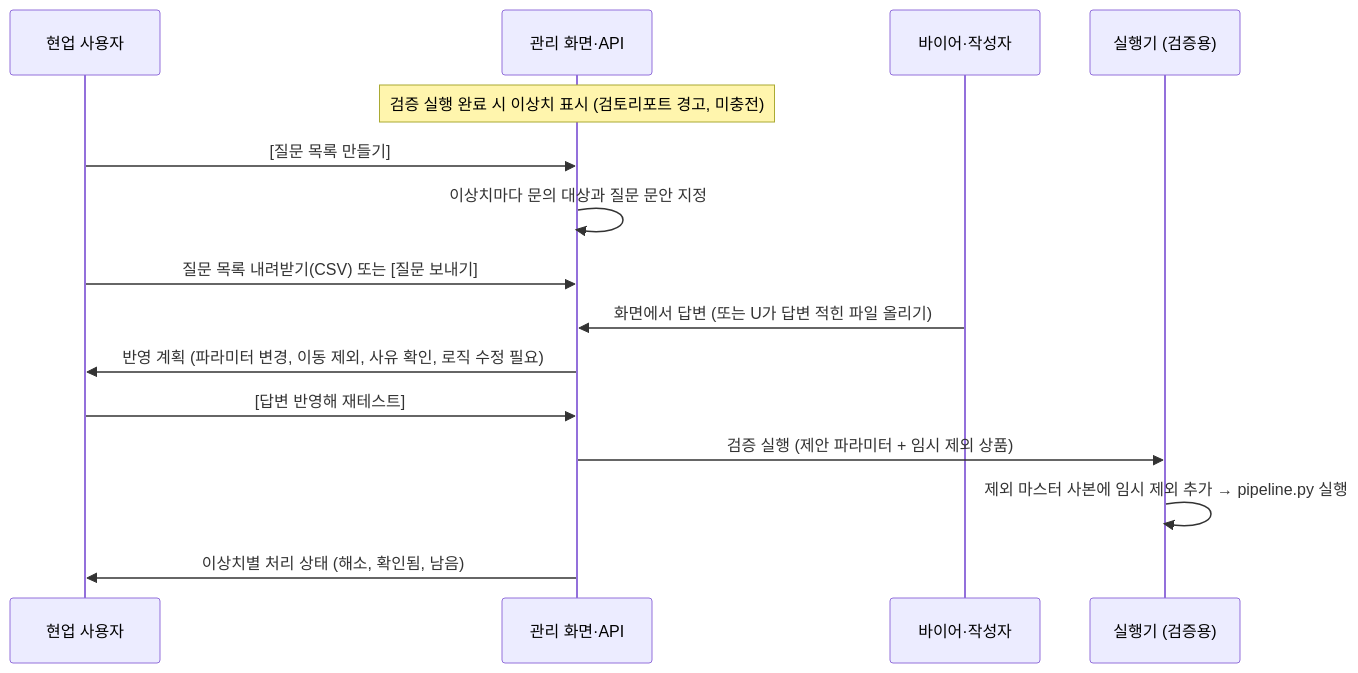
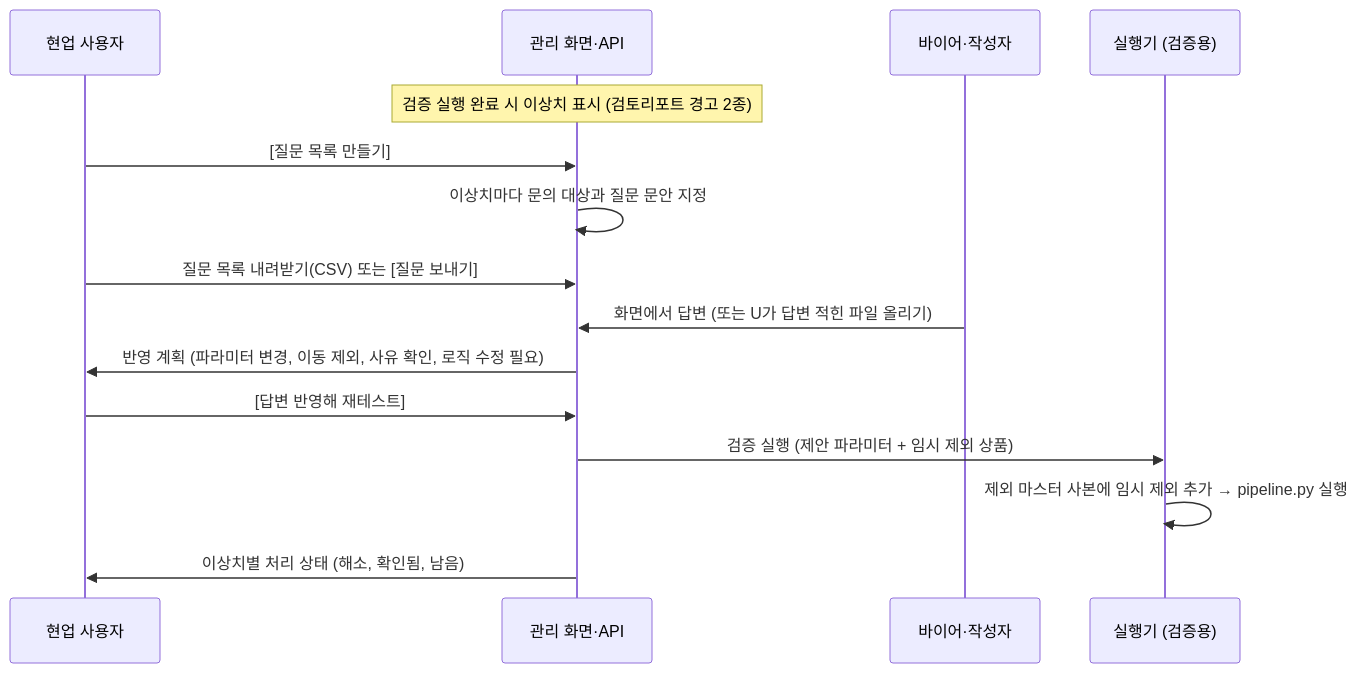
The fourth of 5 diagrams in artifacts/system_design_allocation-poc.md (jwryuin1u/public_city), drawn with Mermaid before and after one commit. The commit also changed 17 other files, not shown here.

````diff
--- a/artifacts/system_design_allocation-poc.md
+++ b/artifacts/system_design_allocation-poc.md
@@ -139,18 +139,18 @@
 ```mermaid
 sequenceDiagram
     participant U as 현업 사용자
     participant API as 관리 화면·API
     participant B as 바이어·작성자
     participant RUN as 실행기 (검증용)
 
-    Note over API: 검증 실행 완료 시 이상치 표시 (검토리포트 경고, 미충전)
+    Note over API: 검증 실행 완료 시 이상치 표시 (검토리포트 경고 2종)
     U->>API: [질문 목록 만들기]
     API->>API: 이상치마다 문의 대상과 질문 문안 지정
     U->>API: 질문 목록 내려받기(CSV) 또는 [질문 보내기]
     B->>API: 화면에서 답변 (또는 U가 답변 적힌 파일 올리기)
     API->>U: 반영 계획 (파라미터 변경, 이동 제외, 사유 확인, 로직 수정 필요)
     U->>API: [답변 반영해 재테스트]
     API->>RUN: 검증 실행 (제안 파라미터 + 임시 제외 상품)
     RUN->>RUN: 제외 마스터 사본에 임시 제외 추가 → pipeline.py 실행
     API->>U: 이상치별 처리 상태 (해소, 확인됨, 남음)
 ```
````
